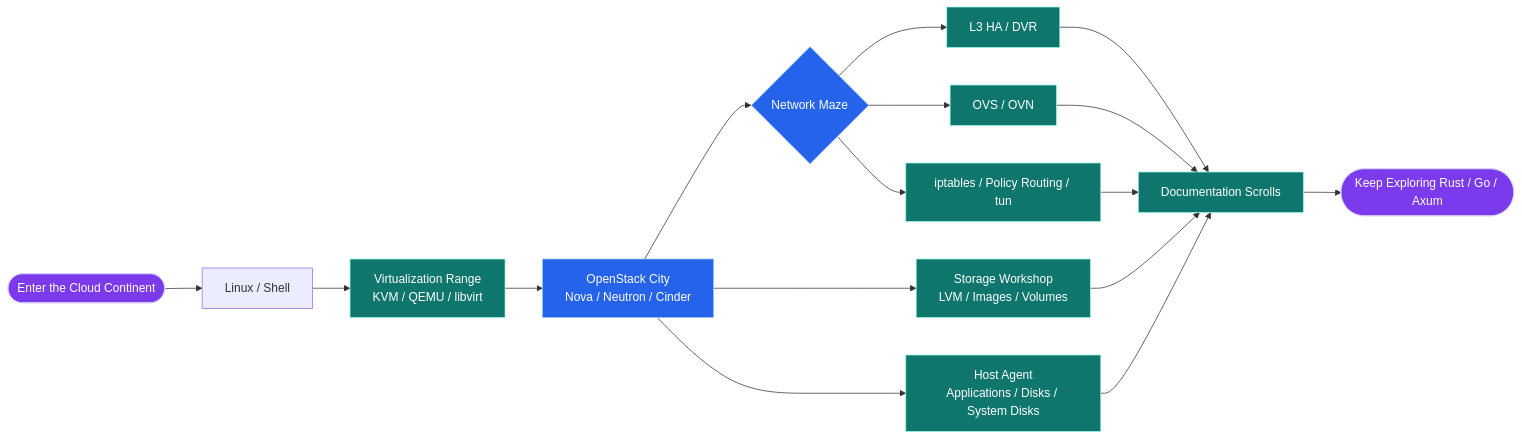
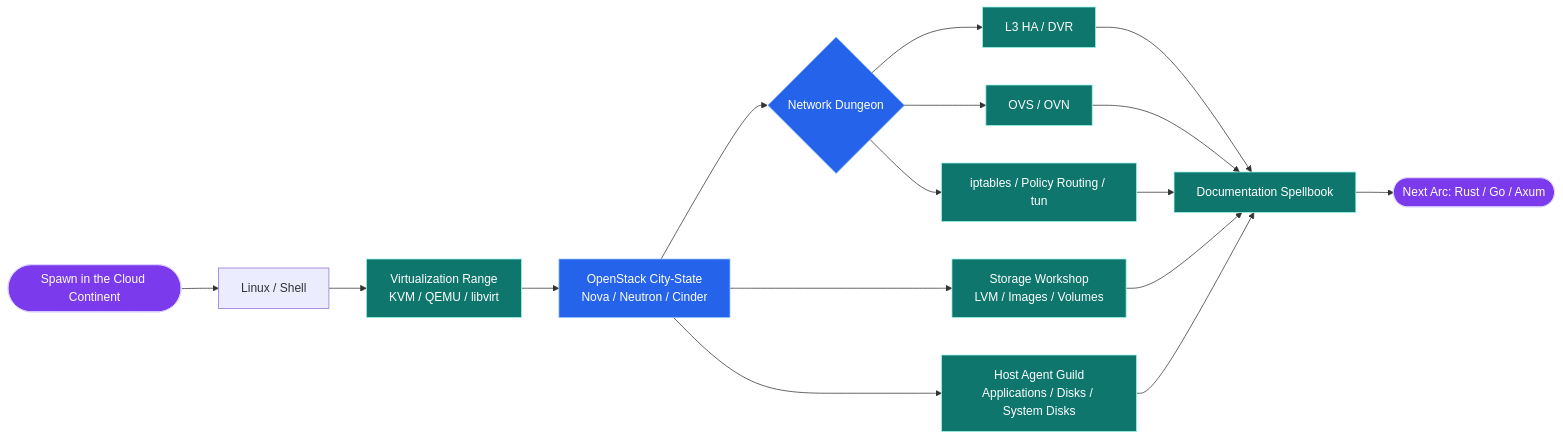
The first of 2 diagrams in README.md (wangkuntian/wangkuntian), drawn with Mermaid before and after one commit. The commit also changed other lines of this file, not shown here.

````diff
--- a/README.md
+++ b/README.md
@@ -90,25 +97,25 @@
 ```mermaid
 flowchart LR
-  start(["Enter the Cloud Continent"]) --> linux["Linux / Shell"]
+  start(["Spawn in the Cloud Continent"]) --> linux["Linux / Shell"]
   linux --> virt["Virtualization Range<br/>KVM / QEMU / libvirt"]
-  virt --> openstack["OpenStack City<br/>Nova / Neutron / Cinder"]
-  openstack --> network{"Network Maze"}
+  virt --> openstack["OpenStack City-State<br/>Nova / Neutron / Cinder"]
+  openstack --> network{"Network Dungeon"}
   network --> l3["L3 HA / DVR"]
   network --> ovs["OVS / OVN"]
   network --> route["iptables / Policy Routing / tun"]
   openstack --> storage["Storage Workshop<br/>LVM / Images / Volumes"]
-  openstack --> agent["Host Agent<br/>Applications / Disks / System Disks"]
-  l3 --> docs["Documentation Scrolls"]
+  openstack --> agent["Host Agent Guild<br/>Applications / Disks / System Disks"]
+  l3 --> docs["Documentation Spellbook"]
   ovs --> docs
   route --> docs
   storage --> docs
   agent --> docs
-  docs --> next(["Keep Exploring Rust / Go / Axum"])
+  docs --> next(["Next Arc: Rust / Go / Axum"])
 
   classDef main fill:#2563eb,color:#fff,stroke:#93c5fd,stroke-width:1px;
   classDef area fill:#0f766e,color:#fff,stroke:#99f6e4,stroke-width:1px;
   classDef finale fill:#7c3aed,color:#fff,stroke:#ddd6fe,stroke-width:1px;
   class start,next finale;
   class openstack,network main;
   class virt,storage,agent,l3,ovs,route,docs area;
 ```
````
